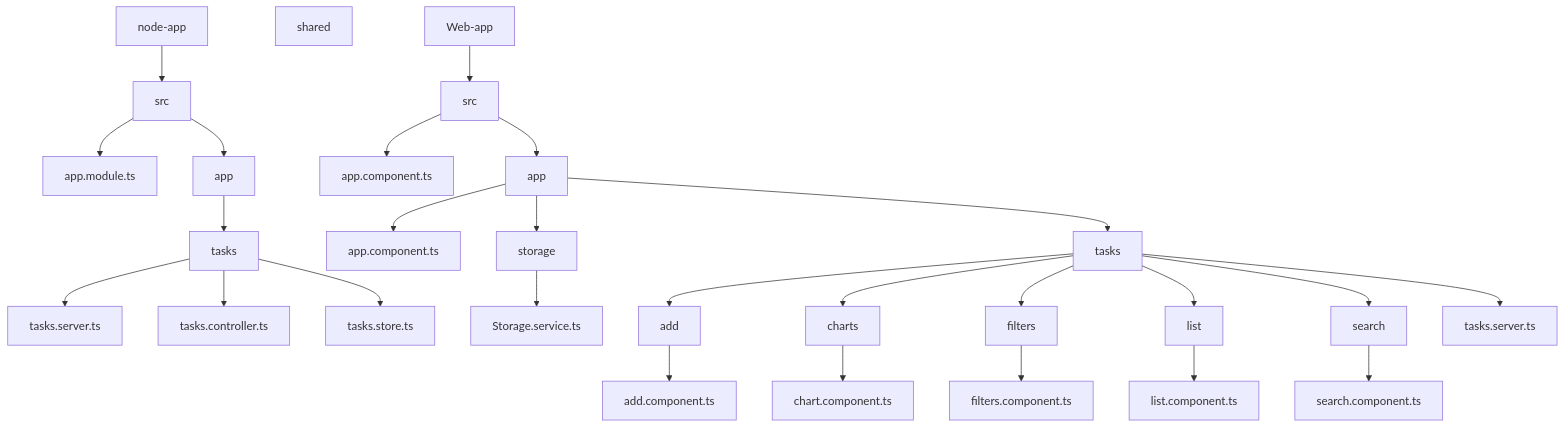
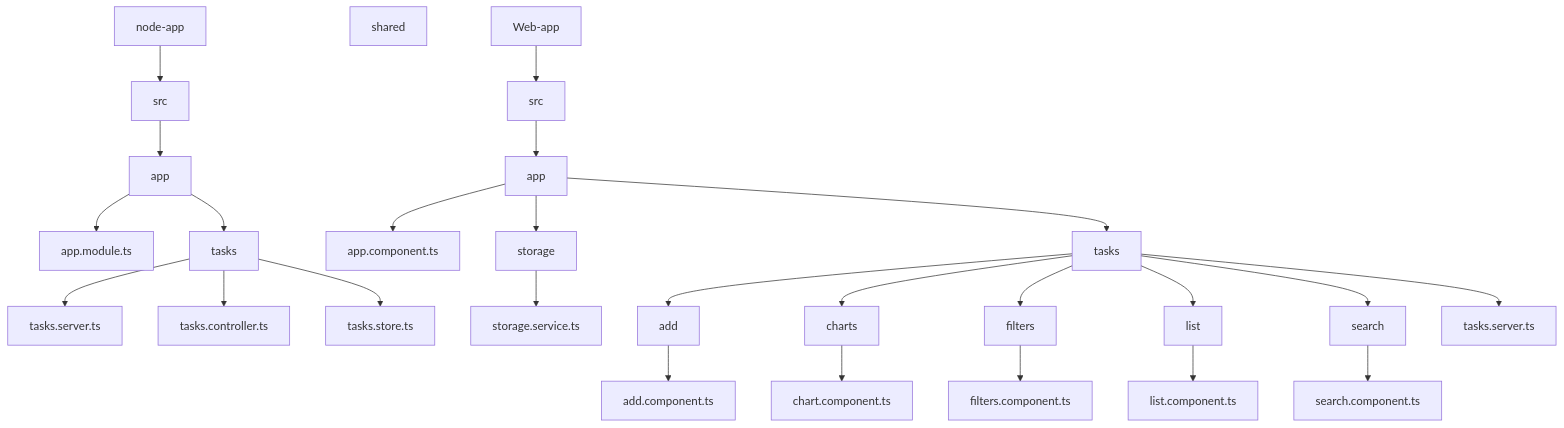
Before and after one commit to yanliu1111/user-task-app-angular-project: the diagram in README.md, drawn with Mermaid.

````diff
--- a/README.md
+++ b/README.md
@@ -97,32 +97,31 @@
 ```mermaid
 graph TD;
   A[node-app] --> B[src]
-  B --> C[app.module.ts]
   B --> D[app]
-  D --> E[tasks]
-  E --> F[tasks.server.ts]
-  E --> G[tasks.controller.ts]
-  E --> H[tasks.store.ts]
+  D --> E1[app.module.ts]
+  D --> F1[tasks]
+  F1 --> G[tasks.server.ts]
+  F1 --> H[tasks.controller.ts]
+  F1 --> I[tasks.store.ts]
 
   A1[shared]
 
   A2[Web-app] --> B1[src]
-  B1 --> C1[app.component.ts]
   B1 --> D1[app]
-  D1 --> E1[app.component.ts]
-  D1 --> F1[storage]
-  F1 --> G1[Storage.service.ts]
-  D1 --> H1[tasks]
-  H1 --> I1[add]
-  I1 --> J1[add.component.ts]
-  H1 --> K1[charts]
-  K1 --> L1[chart.component.ts]
-  H1 --> M1[filters]
-  M1 --> N1[filters.component.ts]
-  H1 --> O1[list]
-  O1 --> P1[list.component.ts]
-  H1 --> Q1[search]
-  Q1 --> R1[search.component.ts]
-  H1 --> S1[tasks.server.ts]
+  D1 --> E2[app.component.ts]
+  D1 --> F2[storage]
+  F2 --> G2[storage.service.ts]
+  D1 --> H2[tasks]
+  H2 --> I2[add]
+  I2 --> J2[add.component.ts]
+  H2 --> K2[charts]
+  K2 --> L2[chart.component.ts]
+  H2 --> M2[filters]
+  M2 --> N2[filters.component.ts]
+  H2 --> O2[list]
+  O2 --> P2[list.component.ts]
+  H2 --> Q2[search]
+  Q2 --> R2[search.component.ts]
+  H2 --> S2[tasks.server.ts]
 
 ```
````
